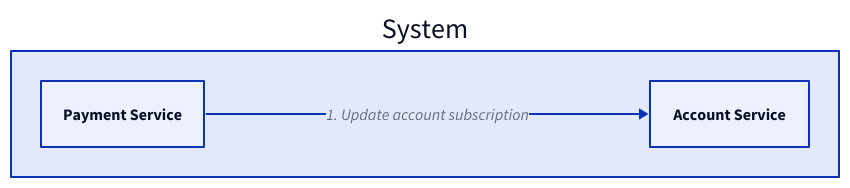
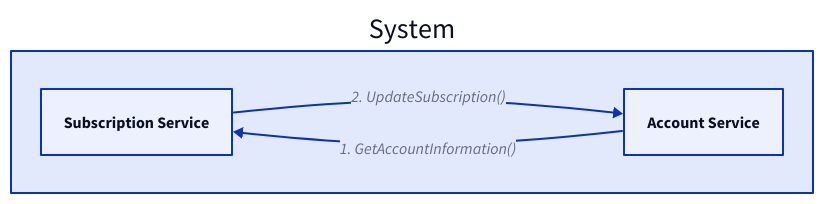
The fifth of 15 diagrams in content/docs/web-service/microservice.md (link1905/system-design-101), drawn with D2 before and after one commit. The commit also changed other lines of this file and 10 other files, not shown here.

````diff
--- a/content/docs/web-service/microservice.md
+++ b/content/docs/web-service/microservice.md
@@ -251,12 +292,13 @@
 ```d2
 direction: right
 system: System {
+    s: Subscription Service {
+      class: server
+    }
     acc: Account Service {
       class: server
     }
-    p: Payment Service {
-      class: server
-    }
-    p -> acc: 1. Update account subscription
+    s <- acc: "1. GetAccountInformation()"
+    s -> acc: "2. UpdateSubscription()"
 }
 ```
````
